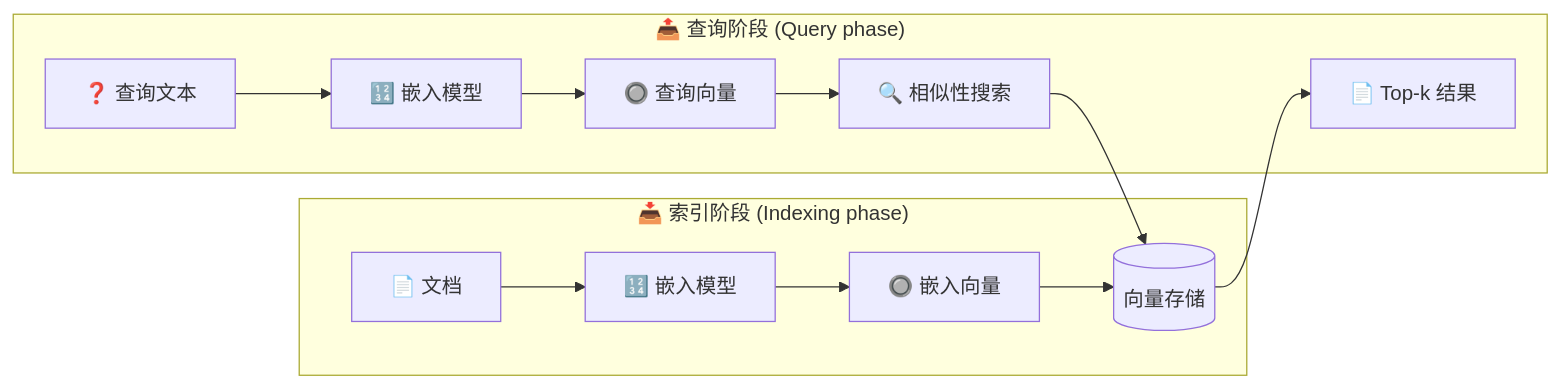
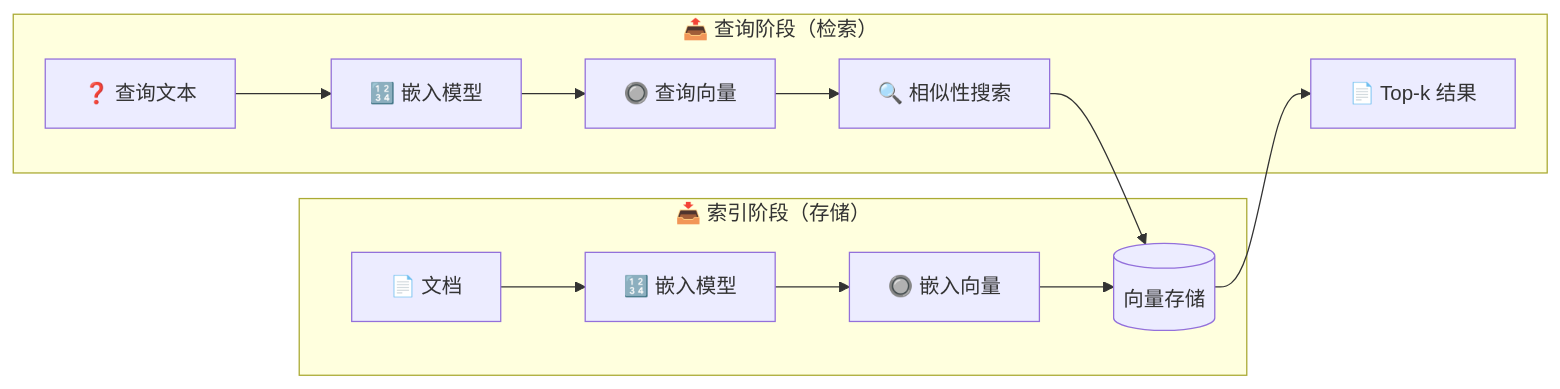
One commit to happyphper/langchain-docs-cn changed the diagram in docs/oss/python/integrations/vectorstores/index.md. Above: the diagram before and after it, drawn with Mermaid. The commit also changed other lines of this file and 1636 other files, not shown here.

````diff
--- a/docs/oss/python/integrations/vectorstores/index.md
+++ b/docs/oss/python/integrations/vectorstores/index.md
@@ -9,17 +8,17 @@
 ```mermaid
 flowchart LR
 
-    subgraph "📥 索引阶段 (Indexing phase)"
+    subgraph "📥 索引阶段（存储）"
         A[📄 文档] --> B[🔢 嵌入模型]
         B --> C[🔘 嵌入向量]
         C --> D[(向量存储)]
     end
 
-    subgraph "📤 查询阶段 (Query phase)"
+    subgraph "📤 查询阶段（检索）"
         E[❓ 查询文本] --> F[🔢 嵌入模型]
         F --> G[🔘 查询向量]
         G --> H[🔍 相似性搜索]
         H --> D
         D --> I[📄 Top-k 结果]
     end
 ```
````
